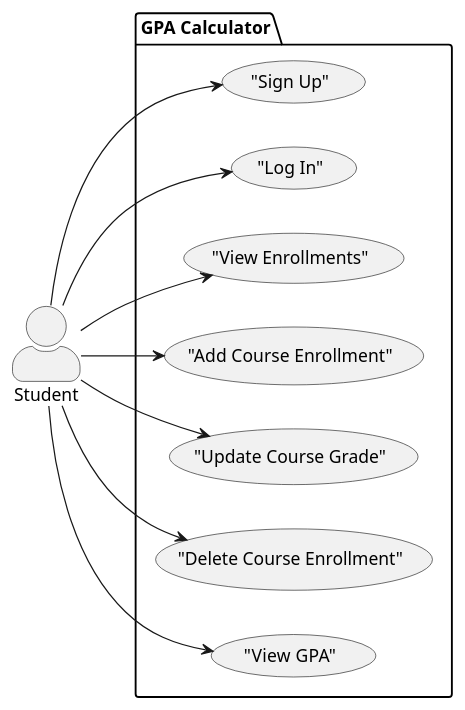
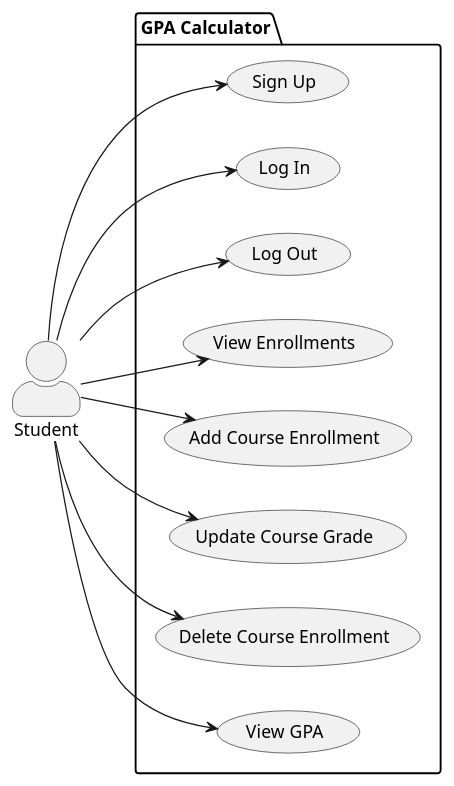
The diagram in uml/use_case.wsd (lucasroque-msu/gpa-tracking-application), drawn with PlantUML before and after one commit. The commit also changed 2 other files, not shown here.

Commit message:
fix string in wsd diagrams and update README with schedule and roles

```diff
--- a/uml/use_case.wsd
+++ b/uml/use_case.wsd
@@ -1,17 +1,18 @@
 @startuml use_case
 skinparam actorStyle awesome
 left to right direction
 
 actor Student
 
 package "GPA Calculator" {
-  Student --> ("Sign Up")
-  Student --> ("Log In")
-  Student --> ("View Enrollments")
-  Student --> ("Add Course Enrollment")
-  Student --> ("Update Course Grade")
-  Student --> ("Delete Course Enrollment")
-  Student --> ("View GPA")
+  Student --> (Sign Up)
+  Student --> (Log In)
+  Student --> (Log Out)
+  Student --> (View Enrollments)
+  Student --> (Add Course Enrollment)
+  Student --> (Update Course Grade)
+  Student --> (Delete Course Enrollment)
+  Student --> (View GPA)
 }
 
-@endumlView
+@enduml
```
